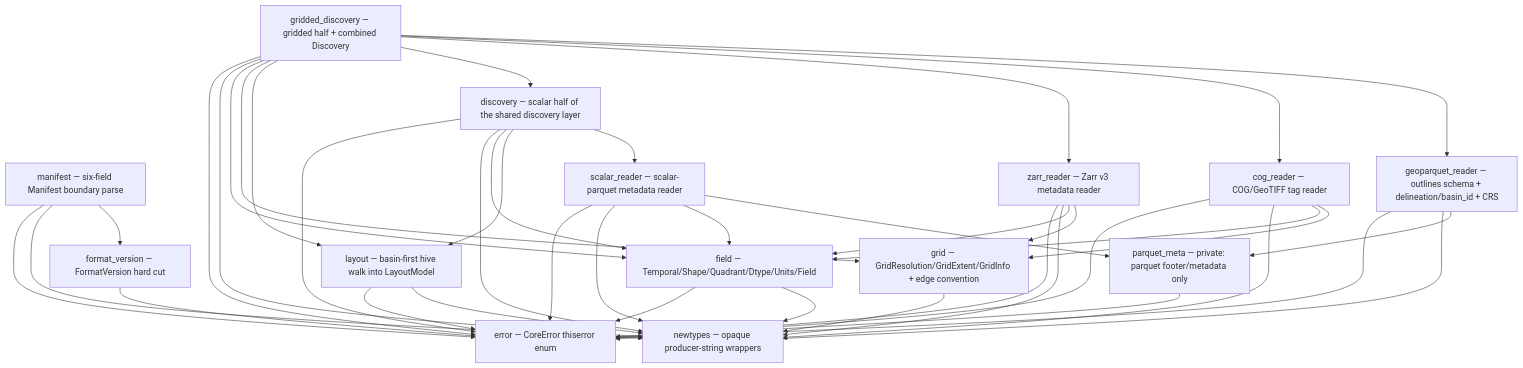
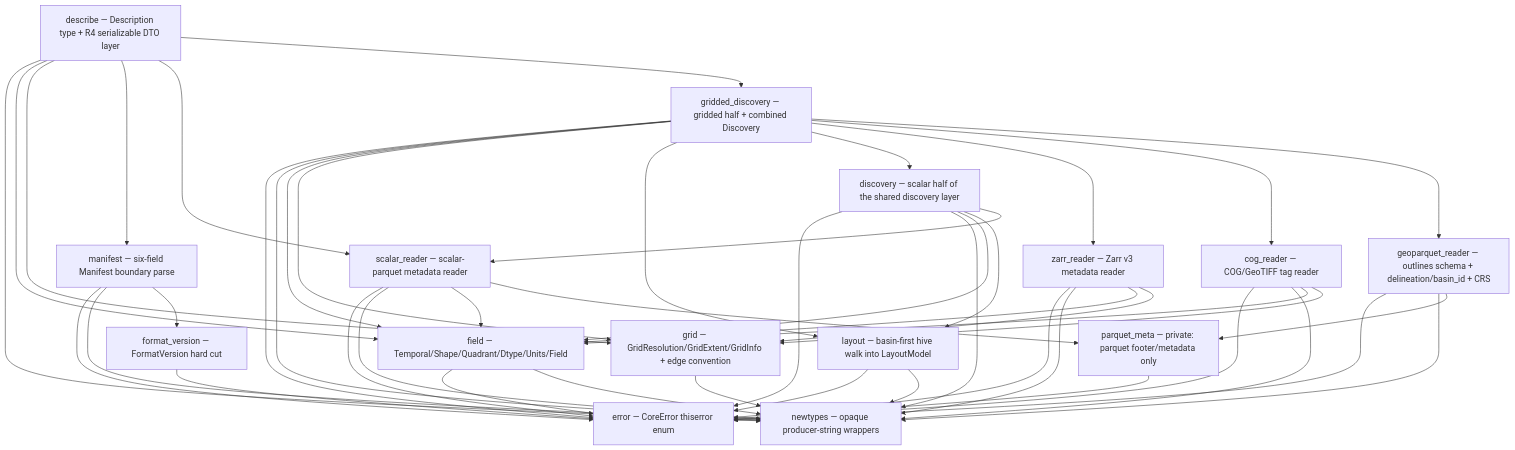
The diagram in crates/core/README.md (CooperBigFoot/hdx), drawn with Mermaid before and after one commit. The commit also changed other lines of this file and 4 other files, not shown here.

First line of the commit message:
feat(core): add Description type and serializable describe DTO layer (R4 shape)

````diff
--- a/crates/core/README.md
+++ b/crates/core/README.md
@@ -71,59 +80,67 @@
 ```mermaid
 graph TD
     newtypes[newtypes — opaque producer-string wrappers]
     error[error — CoreError thiserror enum]
     format_version[format_version — FormatVersion hard cut]
     field[field — Temporal/Shape/Quadrant/Dtype/Units/Field]
     grid[grid — GridResolution/GridExtent/GridInfo + edge convention]
     manifest[manifest — six-field Manifest boundary parse]
     parquet_meta[parquet_meta — private: parquet footer/metadata only]
     layout[layout — basin-first hive walk into LayoutModel]
     scalar_reader[scalar_reader — scalar-parquet metadata reader]
     discovery[discovery — scalar half of the shared discovery layer]
     zarr_reader[zarr_reader — Zarr v3 metadata reader]
     cog_reader[cog_reader — COG/GeoTIFF tag reader]
     geoparquet_reader[geoparquet_reader — outlines schema + delineation/basin_id + CRS]
     gridded_discovery[gridded_discovery — gridded half + combined Discovery]
+    describe[describe — Description type + R4 serializable DTO layer]
 
     format_version --> error
     field --> error
     field --> newtypes
     grid --> newtypes
     manifest --> error
     manifest --> newtypes
     manifest --> format_version
 
     parquet_meta --> error
     layout --> error
     layout --> newtypes
     scalar_reader --> error
     scalar_reader --> newtypes
     scalar_reader --> field
     scalar_reader --> parquet_meta
     discovery --> error
     discovery --> newtypes
     discovery --> field
     discovery --> layout
     discovery --> scalar_reader
 
     zarr_reader --> error
     zarr_reader --> newtypes
     zarr_reader --> field
     zarr_reader --> grid
     cog_reader --> error
     cog_reader --> newtypes
     cog_reader --> field
     cog_reader --> grid
     geoparquet_reader --> error
     geoparquet_reader --> newtypes
     geoparquet_reader --> parquet_meta
     gridded_discovery --> error
     gridded_discovery --> newtypes
     gridded_discovery --> field
     gridded_discovery --> grid
     gridded_discovery --> layout
     gridded_discovery --> discovery
     gridded_discovery --> zarr_reader
     gridded_discovery --> cog_reader
     gridded_discovery --> geoparquet_reader
+
+    describe --> newtypes
+    describe --> field
+    describe --> grid
+    describe --> manifest
+    describe --> scalar_reader
+    describe --> gridded_discovery
 ```
````
